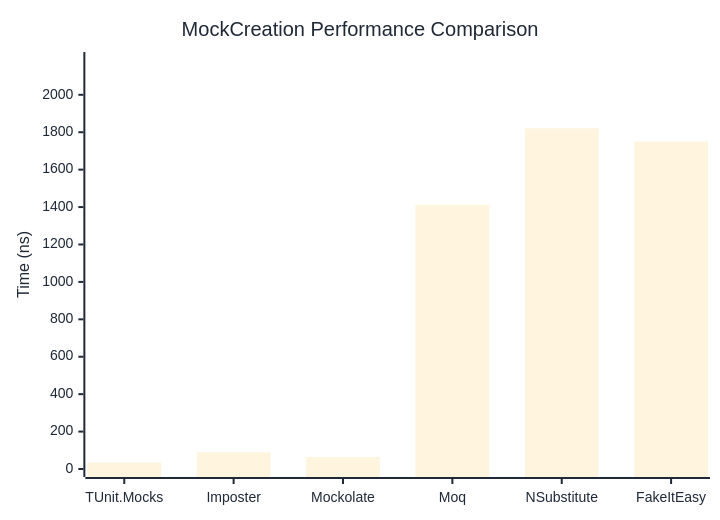
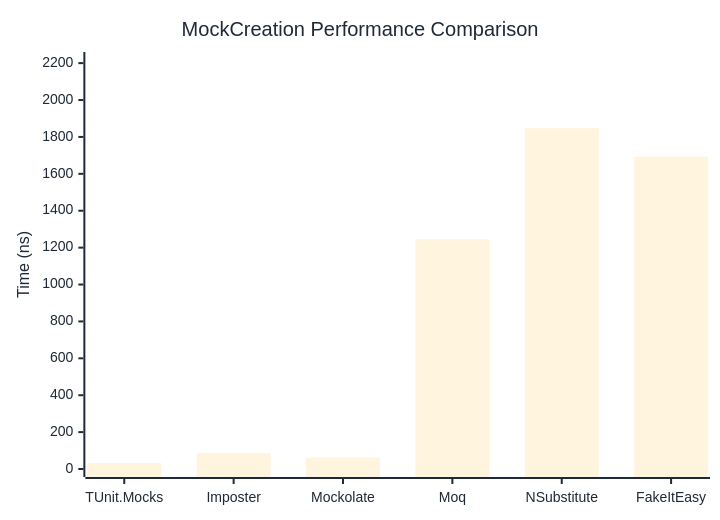
The first of 2 diagrams in docs/docs/benchmarks/mocks/MockCreation.md (thomhurst/TUnit), drawn with Mermaid before and after one commit. The commit also changed other lines of this file and 14 other files, not shown here.

````diff
--- a/docs/docs/benchmarks/mocks/MockCreation.md
+++ b/docs/docs/benchmarks/mocks/MockCreation.md
@@ -28,27 +28,27 @@
 ```mermaid
 %%{init: {
   'theme':'base',
   'themeVariables': {
     'primaryColor': '#2563eb',
     'primaryTextColor': '#1f2937',
     'primaryBorderColor': '#1e40af',
     'lineColor': '#6b7280',
     'secondaryColor': '#7c3aed',
     'tertiaryColor': '#dc2626',
     'background': '#ffffff',
     'pie1': '#2563eb',
     'pie2': '#7c3aed',
     'pie3': '#dc2626',
     'pie4': '#f59e0b',
     'pie5': '#10b981',
     'pie6': '#06b6d4',
     'pie7': '#ec4899',
     'pie8': '#6366f1'
   }
 }}%%
 xychart-beta
   title "MockCreation Performance Comparison"
   x-axis ["TUnit.Mocks", "Imposter", "Mockolate", "Moq", "NSubstitute", "FakeItEasy"]
-  y-axis "Time (ns)" 0 --> 2186
-  bar [34.95, 88.7, 63.69, 1412.49, 1821.28, 1749.58]
+  y-axis "Time (ns)" 0 --> 2217
+  bar [33.3, 86.03, 62.3, 1245.13, 1847.32, 1693.15]
 ```
````
